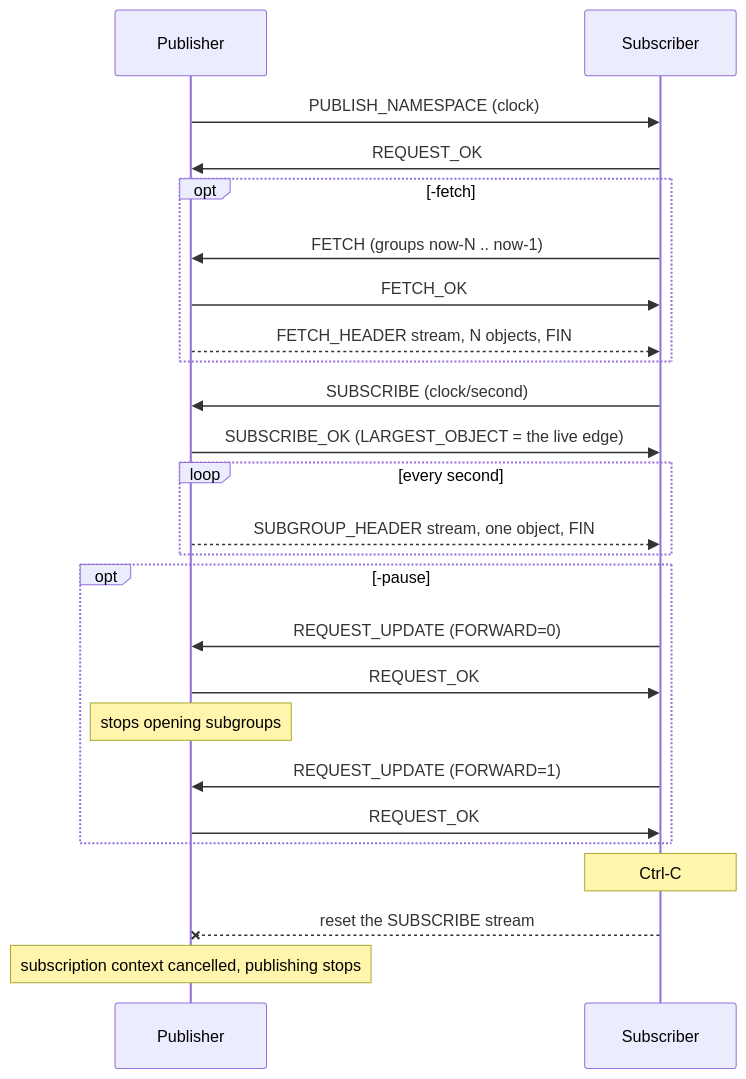
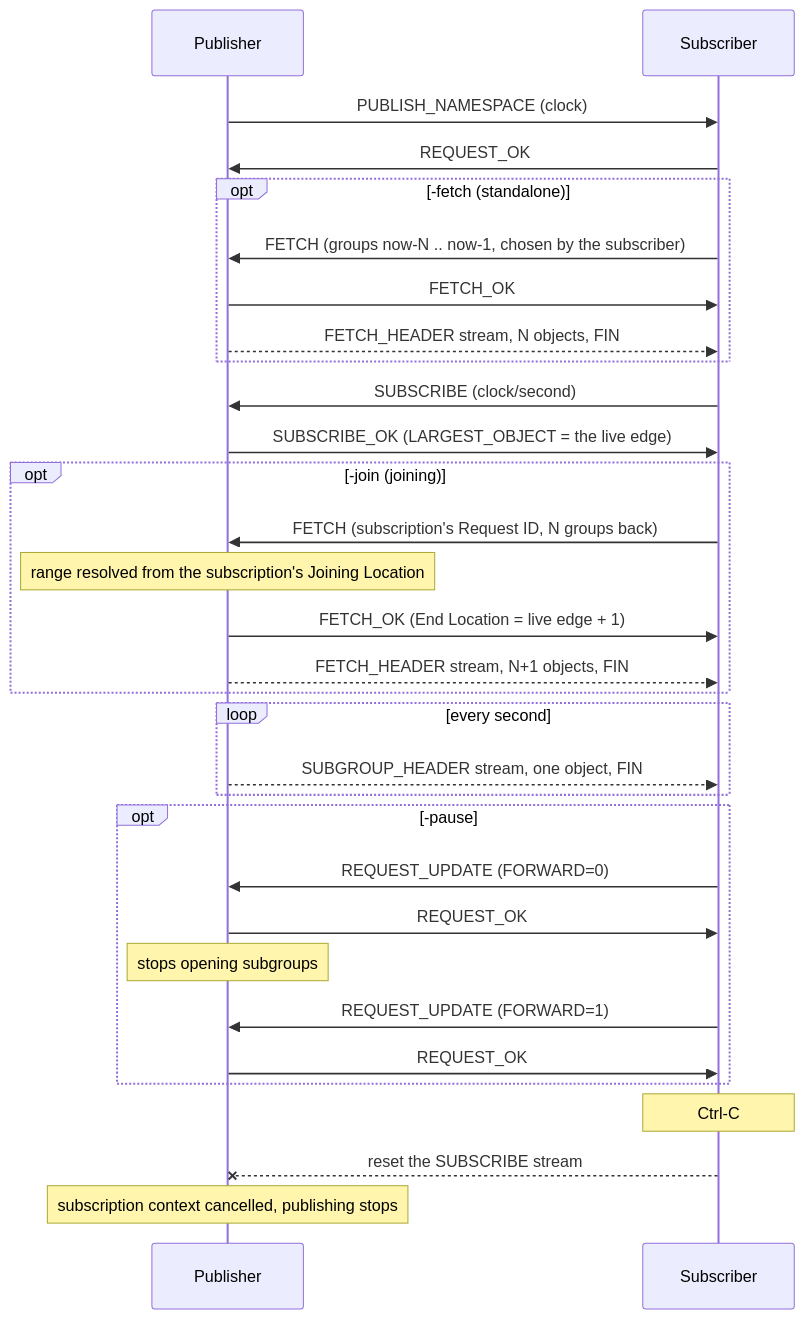
One commit to Eyevinn/moqtransport changed the diagram in examples/date/README.md. Above: the diagram before and after it, drawn with Mermaid. The commit also changed other lines of this file and 4 other files, not shown here.

First line of the commit message:
examples: add a joining FETCH, and contrast it with the standalone one

````diff
--- a/examples/date/README.md
+++ b/examples/date/README.md
@@ -61,33 +114,40 @@
 ```mermaid
 sequenceDiagram
     participant P as Publisher
     participant S as Subscriber
 
     P->>S: PUBLISH_NAMESPACE (clock)
     S->>P: REQUEST_OK
 
-    opt -fetch
-        S->>P: FETCH (groups now-N .. now-1)
+    opt -fetch (standalone)
+        S->>P: FETCH (groups now-N .. now-1, chosen by the subscriber)
         P->>S: FETCH_OK
         P-->>S: FETCH_HEADER stream, N objects, FIN
     end
 
     S->>P: SUBSCRIBE (clock/second)
     P->>S: SUBSCRIBE_OK (LARGEST_OBJECT = the live edge)
+
+    opt -join (joining)
+        S->>P: FETCH (subscription's Request ID, N groups back)
+        Note over P: range resolved from the subscription's Joining Location
+        P->>S: FETCH_OK (End Location = live edge + 1)
+        P-->>S: FETCH_HEADER stream, N+1 objects, FIN
+    end
 
     loop every second
         P-->>S: SUBGROUP_HEADER stream, one object, FIN
     end
 
     opt -pause
         S->>P: REQUEST_UPDATE (FORWARD=0)
         P->>S: REQUEST_OK
         Note over P: stops opening subgroups
         S->>P: REQUEST_UPDATE (FORWARD=1)
         P->>S: REQUEST_OK
     end
 
     Note over S: Ctrl-C
     S--xP: reset the SUBSCRIBE stream
     Note over P: subscription context cancelled, publishing stops
 ```
````
